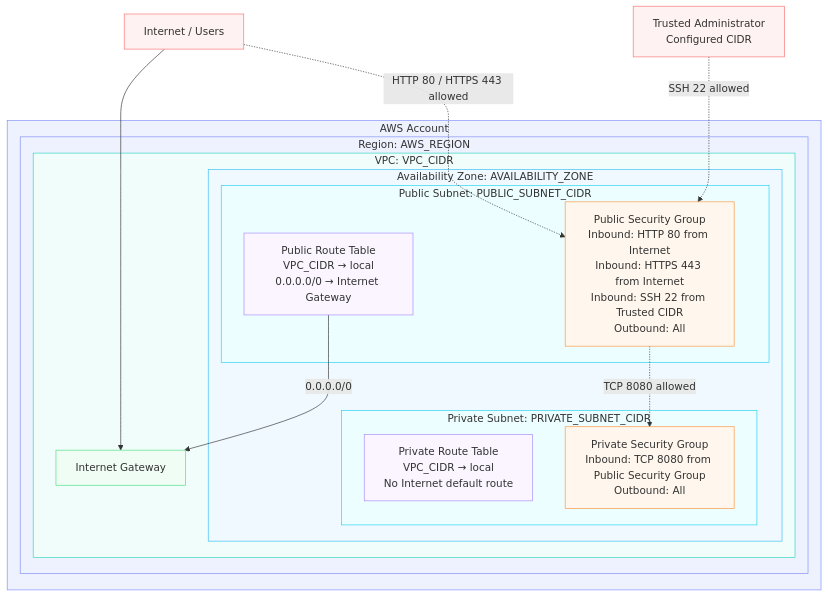
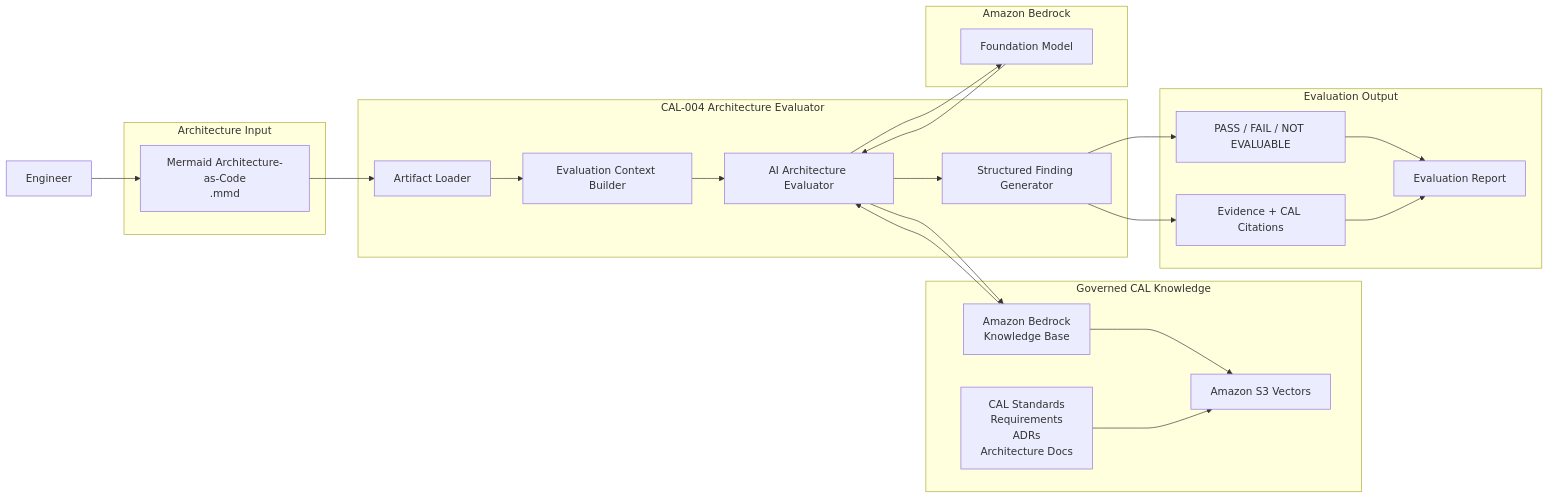
One commit to cloudarchitectlab/CAL-004 changed the diagram in diagrams/source/architecture-overview.mmd. Above: the diagram before and after it, drawn with Mermaid. The commit also changed 1 other file, not shown here.

Commit message:
Fix CAL-004 architecture overview diagram

```diff
--- a/diagrams/source/architecture-overview.mmd
+++ b/diagrams/source/architecture-overview.mmd
@@ -1,86 +1,72 @@
 %% =============================================================================
 %% Cloud Architect Lab
 %% CAL-004
 %% =============================================================================
 %% Diagram Type: Architecture Overview
 %% Audience: Executive / Engineering
-%% Status: Template
+%% Status: Complete
 %% Created: 2026-08-18
 %% =============================================================================
 %% Purpose:
 %% Provide a simple, human-maintainable starting point that clearly shows
 %% architectural boundaries, resource placement, and major relationships.
 %% =============================================================================
 %% Instructions:
 %% - Replace placeholder labels and CIDRs with the current deployed state.
 %% - Remove any boundary or resource that does not apply.
 %% - Add resources only when they improve architectural understanding.
 %% - Keep colors complementary to explicit labels.
 %% - Do not add planned resources to a current as-built diagram.
 %% =============================================================================
 
-graph TB
+flowchart LR
 
-    Internet["Internet / Users"]
-    TrustedAdmin["Trusted Administrator<br/>Configured CIDR"]
+USER["Engineer"]
 
-    subgraph Account["AWS Account"]
+subgraph INPUT["Architecture Input"]
+    MERMAID["Mermaid Architecture-as-Code<br/>.mmd"]
+end
 
-        subgraph Region["Region: AWS_REGION"]
+subgraph EVALUATOR["CAL-004 Architecture Evaluator"]
+    LOAD["Artifact Loader"]
+    CONTEXT["Evaluation Context Builder"]
+    EVAL["AI Architecture Evaluator"]
+    FORMAT["Structured Finding Generator"]
+end
 
-            subgraph VPC["VPC: VPC_CIDR"]
+subgraph KNOWLEDGE["Governed CAL Knowledge"]
+    KB["Amazon Bedrock<br/>Knowledge Base"]
+    VECTOR["Amazon S3 Vectors"]
+    CORPUS["CAL Standards<br/>Requirements<br/>ADRs<br/>Architecture Docs"]
+end
 
-                IGW["Internet Gateway"]
+subgraph MODEL["Amazon Bedrock"]
+    LLM["Foundation Model"]
+end
 
-                subgraph AZ["Availability Zone: AVAILABILITY_ZONE"]
+subgraph OUTPUT["Evaluation Output"]
+    FINDINGS["PASS / FAIL / NOT EVALUABLE"]
+    CITATIONS["Evidence + CAL Citations"]
+    REPORT["Evaluation Report"]
+end
 
-                    subgraph PublicSubnet["Public Subnet: PUBLIC_SUBNET_CIDR"]
+USER --> MERMAID
+MERMAID --> LOAD
+LOAD --> CONTEXT
 
-                        PublicRT["Public Route Table<br/>VPC_CIDR → local<br/>0.0.0.0/0 → Internet Gateway"]
+CONTEXT --> EVAL
 
-                        PublicSG["Public Security Group<br/>Inbound: HTTP 80 from Internet<br/>Inbound: HTTPS 443 from Internet<br/>Inbound: SSH 22 from Trusted CIDR<br/>Outbound: All"]
+EVAL --> KB
+KB --> VECTOR
+CORPUS --> VECTOR
 
-                    end
+KB --> EVAL
+EVAL --> LLM
+LLM --> EVAL
 
-                    subgraph PrivateSubnet["Private Subnet: PRIVATE_SUBNET_CIDR"]
+EVAL --> FORMAT
 
-                        PrivateRT["Private Route Table<br/>VPC_CIDR → local<br/>No Internet default route"]
-
-                        PrivateSG["Private Security Group<br/>Inbound: TCP 8080 from Public Security Group<br/>Outbound: All"]
-
-                    end
-
-                end
-
-            end
-
-        end
-
-    end
-
-    Internet --> IGW
-    PublicRT -->|"0.0.0.0/0"| IGW
-
-    Internet -.->|"HTTP 80 / HTTPS 443 allowed"| PublicSG
-    TrustedAdmin -.->|"SSH 22 allowed"| PublicSG
-    PublicSG -.->|"TCP 8080 allowed"| PrivateSG
-
-    classDef account stroke:#818cf8,fill:#eef2ff
-    classDef region stroke:#818cf8,fill:#eef2ff
-    classDef vpc stroke:#2dd4bf,fill:#f0fdfa
-    classDef az stroke:#38bdf8,fill:#f0f9ff
-    classDef subnet stroke:#22d3ee,fill:#ecfeff
-    classDef route stroke:#a78bfa,fill:#faf5ff
-    classDef sg stroke:#fb923c,fill:#fff7ed
-    classDef resource stroke:#4ade80,fill:#f0fdf4
-    classDef external stroke:#f87171,fill:#fef2f2
-
-    class Account account
-    class Region region
-    class VPC vpc
-    class AZ az
-    class PublicSubnet,PrivateSubnet subnet
-    class PublicRT,PrivateRT route
-    class PublicSG,PrivateSG sg
-    class IGW resource
-    class Internet,TrustedAdmin external
+FORMAT --> FINDINGS
+FORMAT --> CITATIONS
+FINDINGS --> REPORT
+CITATIONS --> REPORT
```
